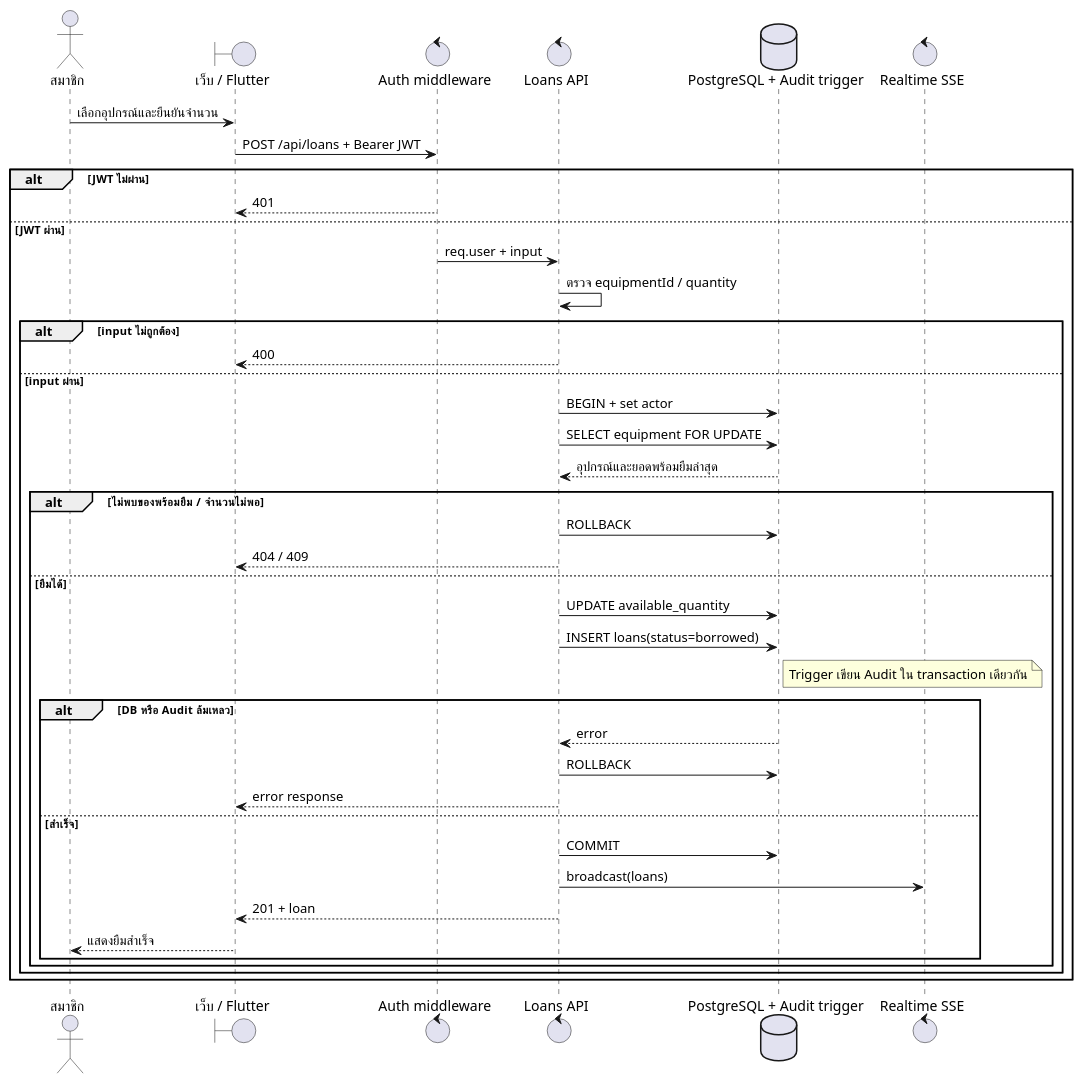
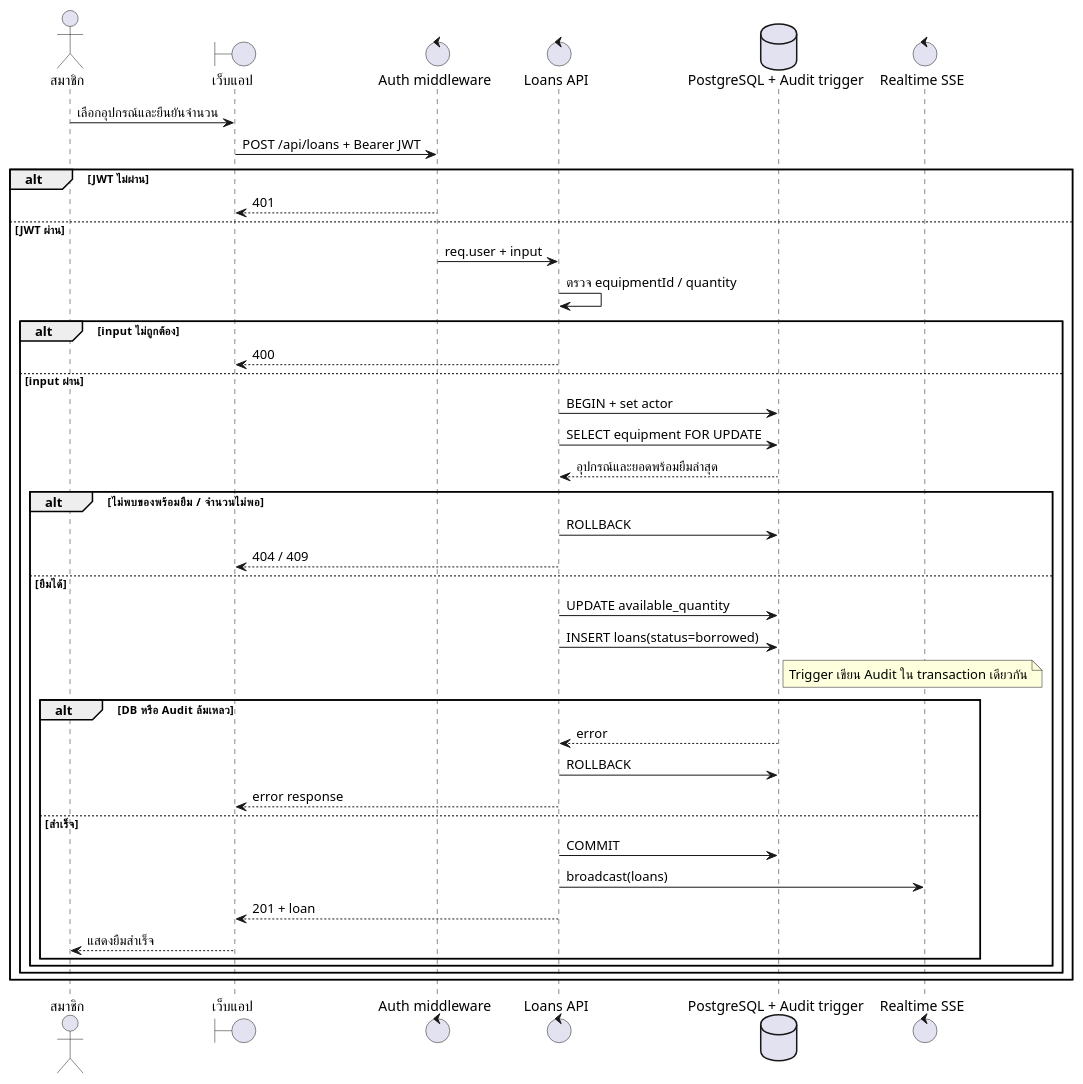
The third of 9 diagrams in docs/uml-system.md (ChaiwatKhodboon/-IOT), drawn with PlantUML before and after one commit. The commit also changed other lines of this file and 104 other files, not shown here.

````diff
--- a/docs/uml-system.md
+++ b/docs/uml-system.md
@@ -348,44 +348,44 @@
 ```plantuml
 @startuml
 skinparam defaultFontName Tahoma
 actor "สมาชิก" as U
-boundary "เว็บ / Flutter" as UI
+boundary "เว็บแอป" as UI
 control "Auth middleware" as Auth
 control "Loans API" as API
 database "PostgreSQL + Audit trigger" as DB
 control "Realtime SSE" as RT
 U -> UI : เลือกอุปกรณ์และยืนยันจำนวน
 UI -> Auth : POST /api/loans + Bearer JWT
 alt JWT ไม่ผ่าน
   Auth --> UI : 401
 else JWT ผ่าน
   Auth -> API : req.user + input
   API -> API : ตรวจ equipmentId / quantity
   alt input ไม่ถูกต้อง
     API --> UI : 400
   else input ผ่าน
     API -> DB : BEGIN + set actor
     API -> DB : SELECT equipment FOR UPDATE
     DB --> API : อุปกรณ์และยอดพร้อมยืมล่าสุด
     alt ไม่พบของพร้อมยืม / จำนวนไม่พอ
       API -> DB : ROLLBACK
       API --> UI : 404 / 409
     else ยืมได้
       API -> DB : UPDATE available_quantity
       API -> DB : INSERT loans(status=borrowed)
       note right of DB : Trigger เขียน Audit ใน transaction เดียวกัน
       alt DB หรือ Audit ล้มเหลว
         DB --> API : error
         API -> DB : ROLLBACK
         API --> UI : error response
       else สำเร็จ
         API -> DB : COMMIT
         API -> RT : broadcast(loans)
         API --> UI : 201 + loan
         UI --> U : แสดงยืมสำเร็จ
       end
     end
   end
 end
 @enduml
 ```
````
